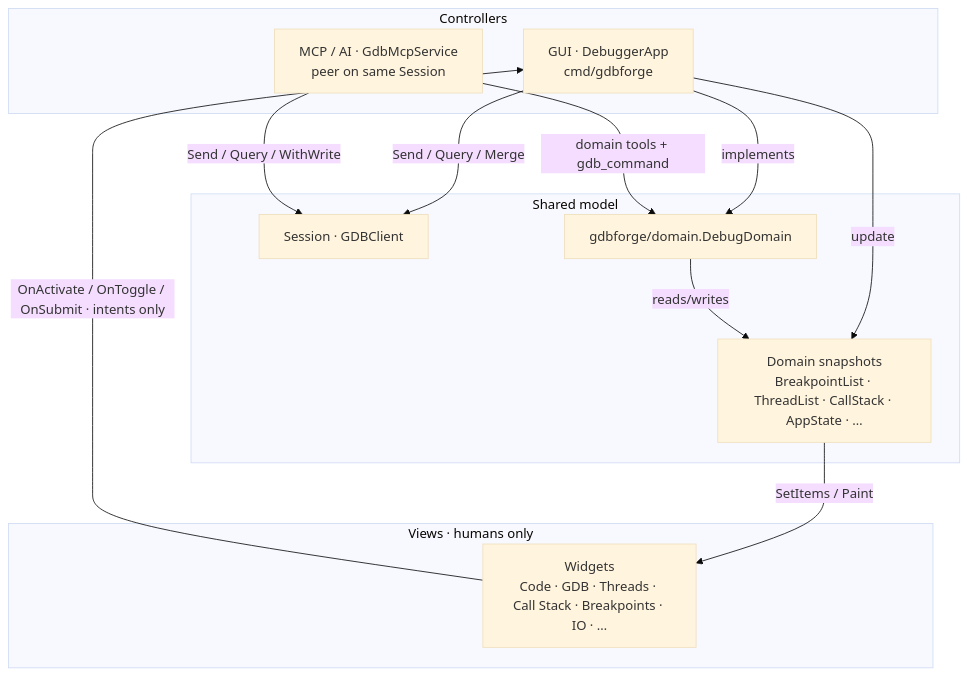
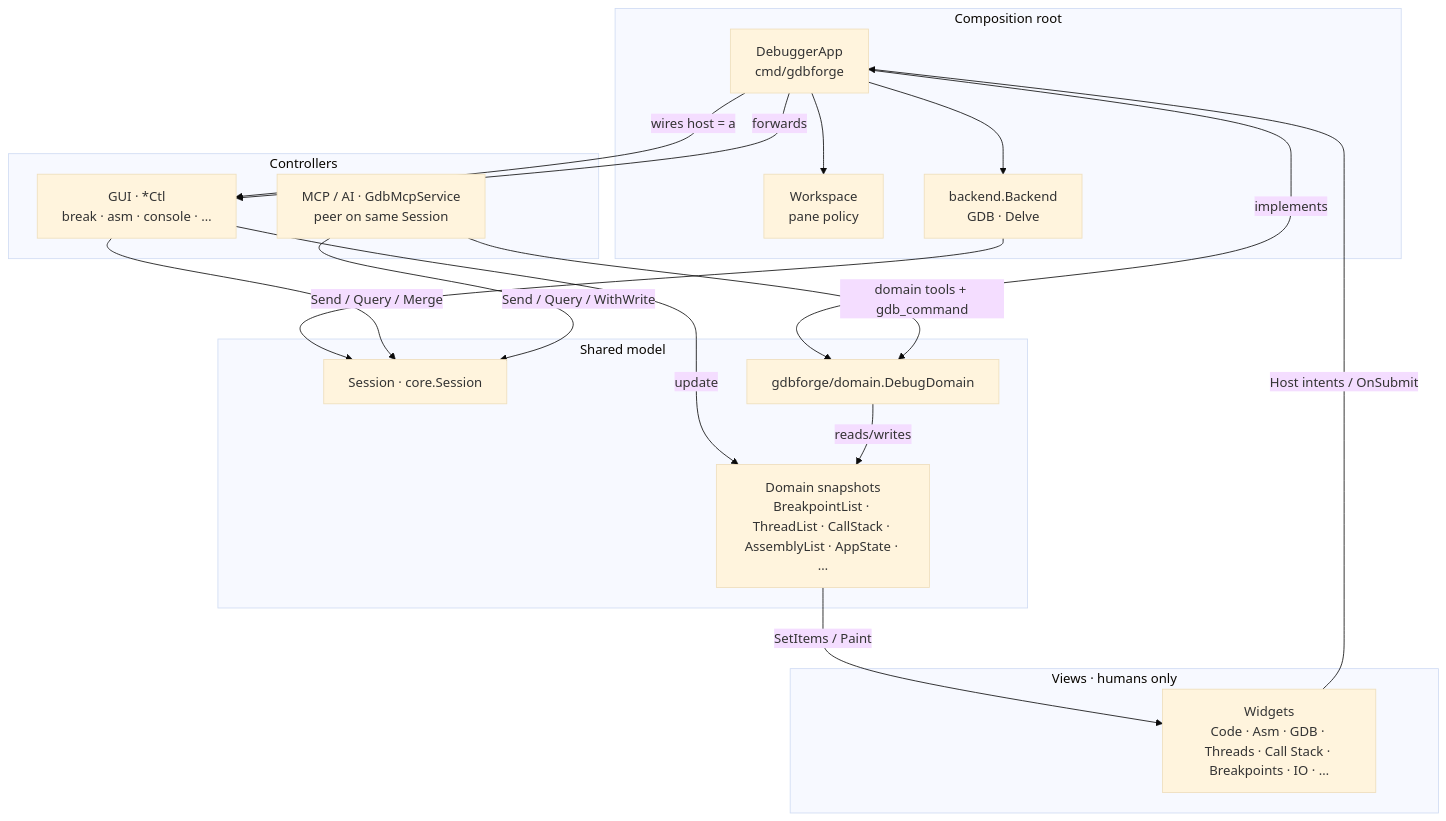
The first of 8 diagrams in docs/ARCHITECTURE.md (yairgd/gdbforge), drawn with Mermaid (base theme) before and after one commit. The commit also changed other lines of this file and 13 other files, not shown here.

First line of the commit message:
Document composition root, Backend, Workspace, and *Ctl controllers.

````diff
--- a/docs/ARCHITECTURE.md
+++ b/docs/ARCHITECTURE.md
@@ -18,27 +18,38 @@
 ```mermaid
 flowchart TB
+    subgraph root ["Composition root"]
+        App["DebuggerApp<br/>cmd/gdbforge"]
+        WS["Workspace<br/>pane policy"]
+        BE["backend.Backend<br/>GDB · Delve"]
+    end
+
     subgraph controllers ["Controllers"]
-        GUI["GUI · DebuggerApp<br/>cmd/gdbforge"]
+        GUI["GUI · *Ctl<br/>break · asm · console · …"]
         MCP["MCP / AI · GdbMcpService<br/>peer on same Session"]
     end
 
     subgraph model ["Shared model"]
-        Sess["Session · GDBClient"]
-        Dom["Domain snapshots<br/>BreakpointList · ThreadList · CallStack · AppState · …"]
+        Sess["Session · core.Session"]
+        Dom["Domain snapshots<br/>BreakpointList · ThreadList · CallStack · AssemblyList · AppState · …"]
         Surf["gdbforge/domain.DebugDomain"]
     end
 
     subgraph views ["Views · humans only"]
-        W["Widgets<br/>Code · GDB · Threads · Call Stack · Breakpoints · IO · …"]
+        W["Widgets<br/>Code · Asm · GDB · Threads · Call Stack · Breakpoints · IO · …"]
     end
 
+    App --> WS
+    App --> BE
+    App -->|"wires host = a"| GUI
+    BE --> Sess
     GUI -->|"Send / Query / Merge"| Sess
     GUI -->|"update"| Dom
-    GUI -->|"implements"| Surf
+    App -->|"implements"| Surf
     MCP -->|"domain tools + gdb_command"| Surf
     MCP -->|"Send / Query / WithWrite"| Sess
     Surf -->|"reads/writes"| Dom
 
     Dom -->|"SetItems / Paint"| W
-    W -->|"OnActivate / OnToggle / OnSubmit · intents only"| GUI
+    W -->|"Host intents / OnSubmit"| App
+    App -->|"forwards"| GUI
 ```
````
